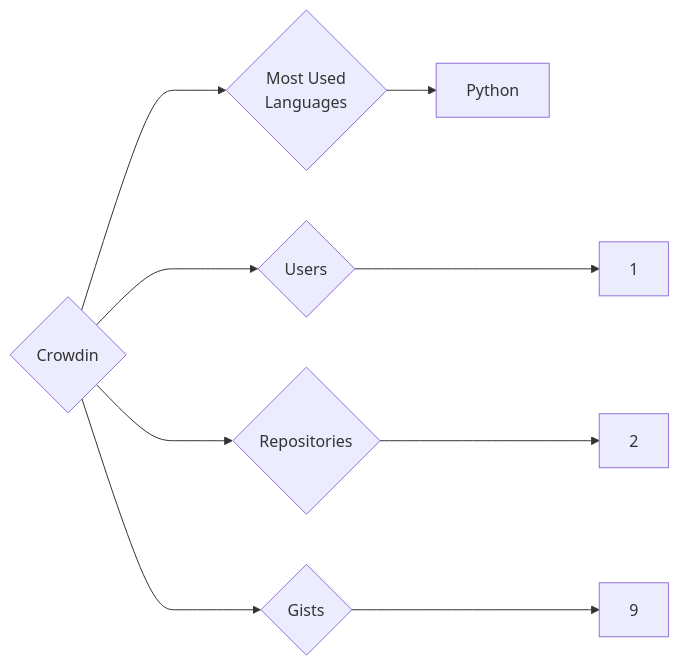
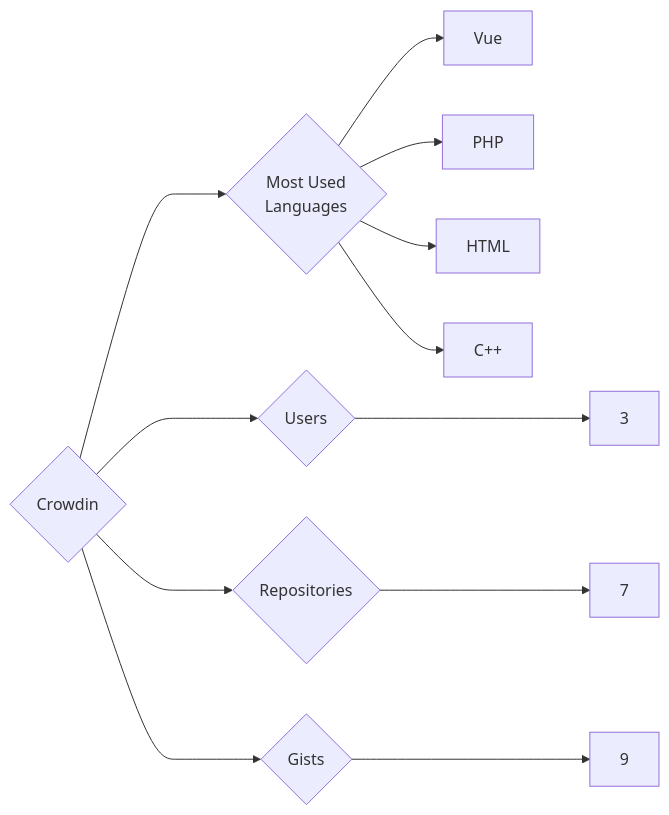
One commit to trickest/insiders changed the diagram in targets/Crowdin/README.md. Above: the diagram before and after it, drawn with Mermaid. The commit also changed 837 other files, not shown here.

````diff
--- a/targets/Crowdin/README.md
+++ b/targets/Crowdin/README.md
@@ -3,9 +3,12 @@
 ```mermaid
 graph LR
 COMPANY_NAME{Crowdin}
-COMPANY_NAME ---> U{Users} ---> UN[1]
-COMPANY_NAME ---> R{Repositories} ---> RN[2]
+COMPANY_NAME ---> U{Users} ---> UN[3]
+COMPANY_NAME ---> R{Repositories} ---> RN[7]
 COMPANY_NAME ---> G{Gists} ---> GN[9]
 COMPANY_NAME ---> ML{Most Used<br>Languages}
-ML --> Python[Python]
+ML --> Vue[Vue]
+ML --> PHP[PHP]
+ML --> HTML[HTML]
+ML --> C++[C++]
 ```
````
